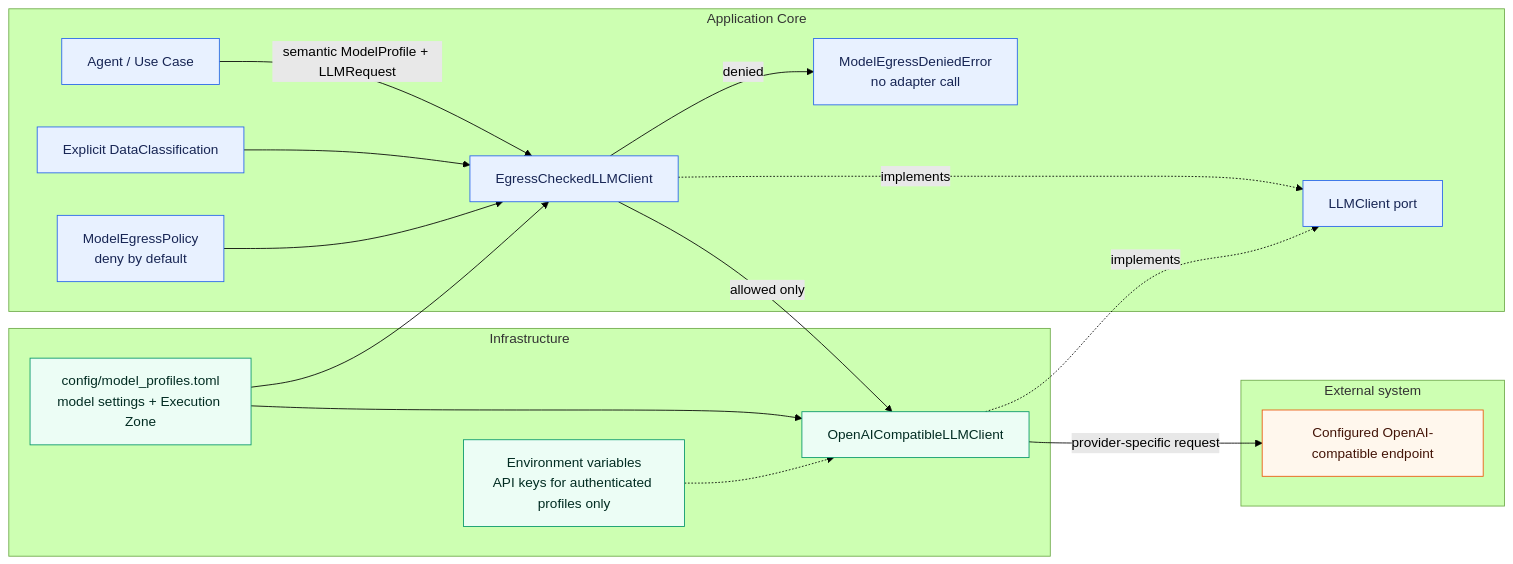
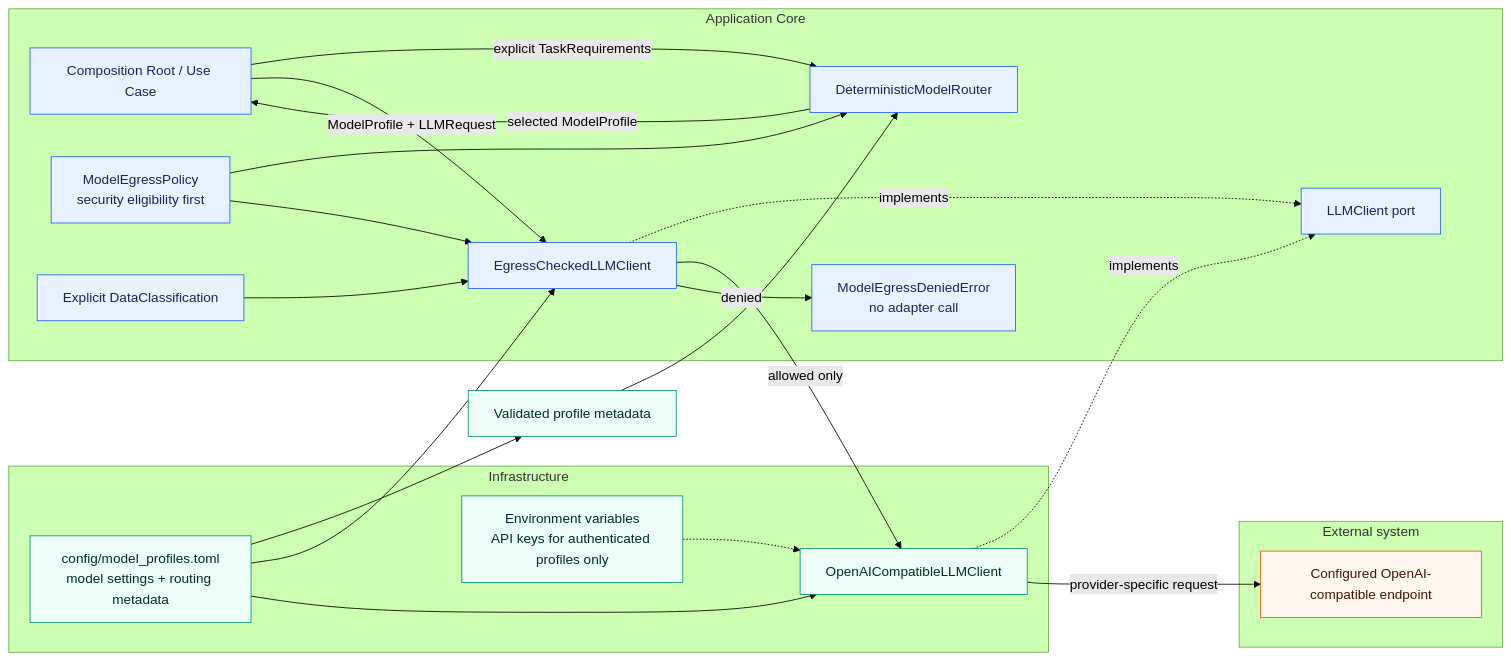
One commit to aboerzel/industrial-ai-agent changed the third of 10 diagrams in docs/architecture/overview.md. Above: the diagram before and after it, drawn with Mermaid (forest theme). The commit also changed other lines of this file and 11 other files, not shown here.

Commit message:
feat: add task-level model routing

````diff
--- a/docs/architecture/overview.md
+++ b/docs/architecture/overview.md
@@ -113,41 +114,47 @@
 ```mermaid
 flowchart LR
-    A["Agent / Use Case"] -->|"semantic ModelProfile + LLMRequest"| G["EgressCheckedLLMClient"]
+    A["Composition Root / Use Case"] -->|"explicit TaskRequirements"| R["DeterministicModelRouter"]
+    M["Validated profile metadata"] --> R
+    S["ModelEgressPolicy<br/>security eligibility first"] --> R
+    R -->|"selected ModelProfile"| A
+    A -->|"ModelProfile + LLMRequest"| G["EgressCheckedLLMClient"]
     P["LLMClient port"]
     G -.->|"implements"| P
     C["OpenAICompatibleLLMClient"] -.->|"implements"| P
     CL["Explicit DataClassification"] --> G
-    POLICY["ModelEgressPolicy<br/>deny by default"] --> G
-    TOML["config/model_profiles.toml<br/>model settings + Execution Zone"] --> G
+    S --> G
+    TOML["config/model_profiles.toml<br/>model settings + routing metadata"] --> M
+    TOML --> G
     TOML --> C
     ENV["Environment variables<br/>API keys for authenticated profiles only"] -.-> C
     G -->|"allowed only"| C
     G -->|"denied"| F["ModelEgressDeniedError<br/>no adapter call"]
     C -->|"provider-specific request"| E["Configured OpenAI-compatible endpoint"]
 
     subgraph Core["Application Core"]
         A
         P
         G
         CL
-        POLICY
+        R
+        S
         F
     end
 
     subgraph Infrastructure["Infrastructure"]
         C
         TOML
         ENV
     end
 
     subgraph External["External system"]
         E
     end
 
     classDef core fill:#e8f1ff,stroke:#2563eb,color:#172554
     classDef adapter fill:#ecfdf5,stroke:#059669,color:#022c22
     classDef external fill:#fff7ed,stroke:#ea580c,color:#431407
-    class A,P,G,CL,POLICY,F core
-    class C,TOML,ENV adapter
+    class A,P,G,CL,R,S,F core
+    class C,TOML,M,ENV adapter
     class E external
 ```
````
